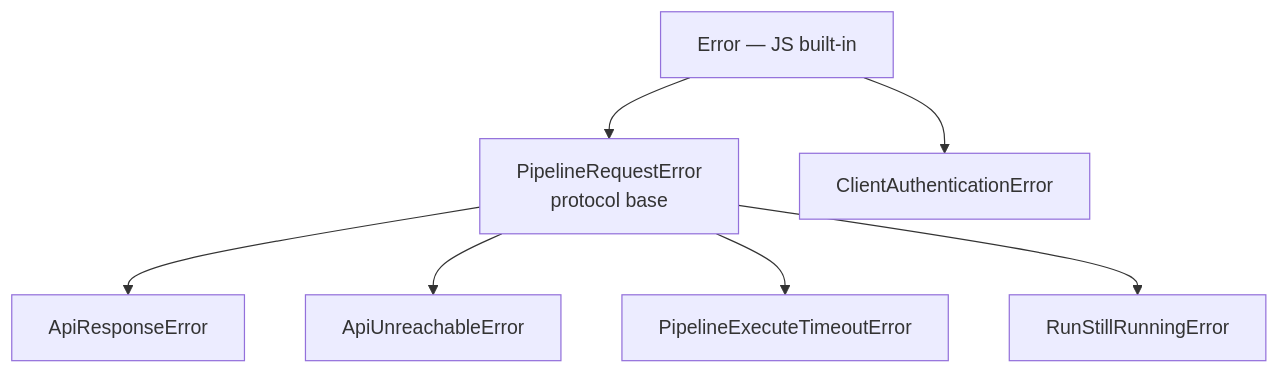
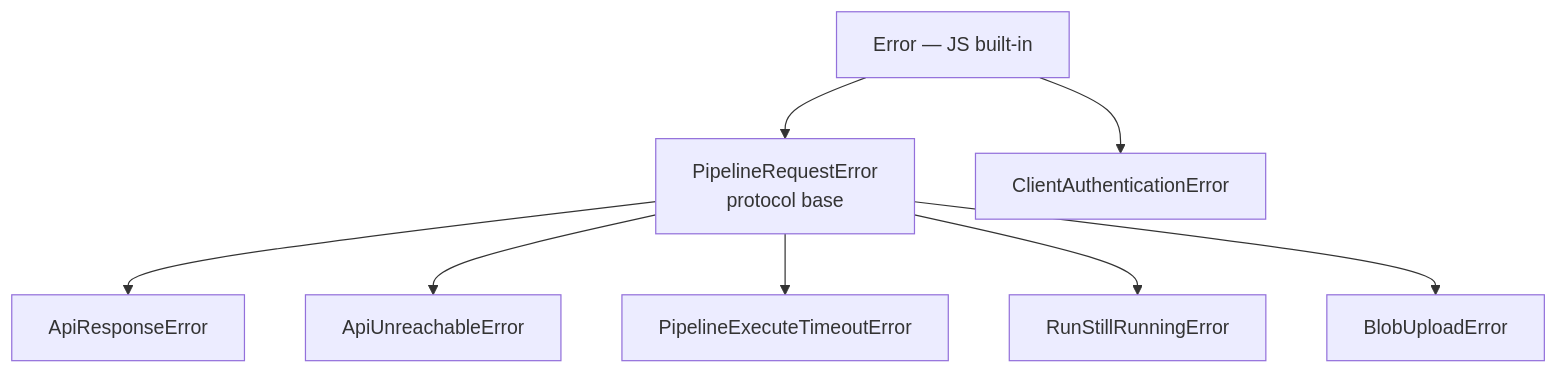
The diagram in docs/errors.md (mthds-ai/mthds-js), drawn with Mermaid before and after one commit. The commit also changed other lines of this file and 50 other files, not shown here.

````diff
--- a/docs/errors.md
+++ b/docs/errors.md
@@ -9,16 +9,18 @@
 ```mermaid
 flowchart TD
     Err["Error — JS built-in"]
     PRE["PipelineRequestError<br/>protocol base"]
     CAE["ClientAuthenticationError"]
     ARE["ApiResponseError"]
     AUE["ApiUnreachableError"]
     PET["PipelineExecuteTimeoutError"]
     RSR["RunStillRunningError"]
+    BUE["BlobUploadError"]
     Err --> PRE
     Err --> CAE
     PRE --> ARE
     PRE --> AUE
     PRE --> PET
     PRE --> RSR
+    PRE --> BUE
 ```
````
